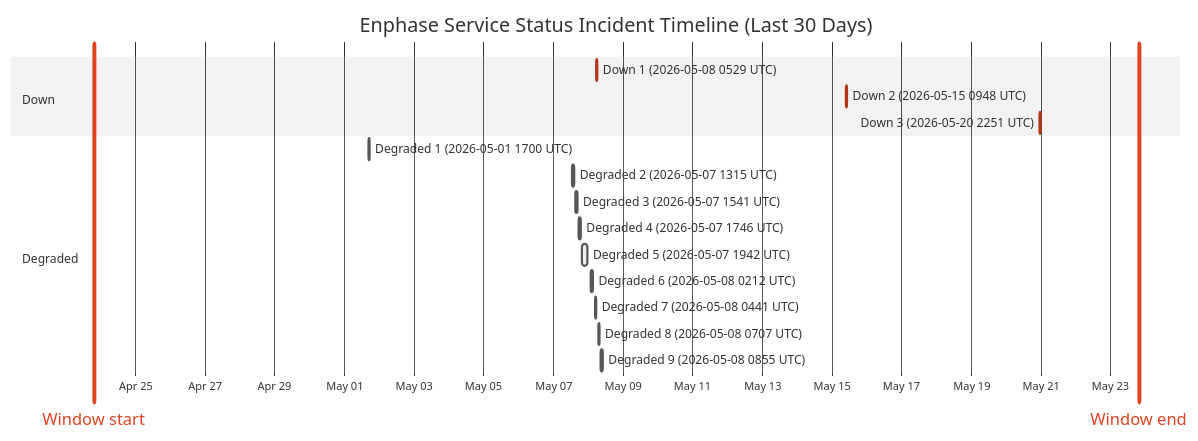
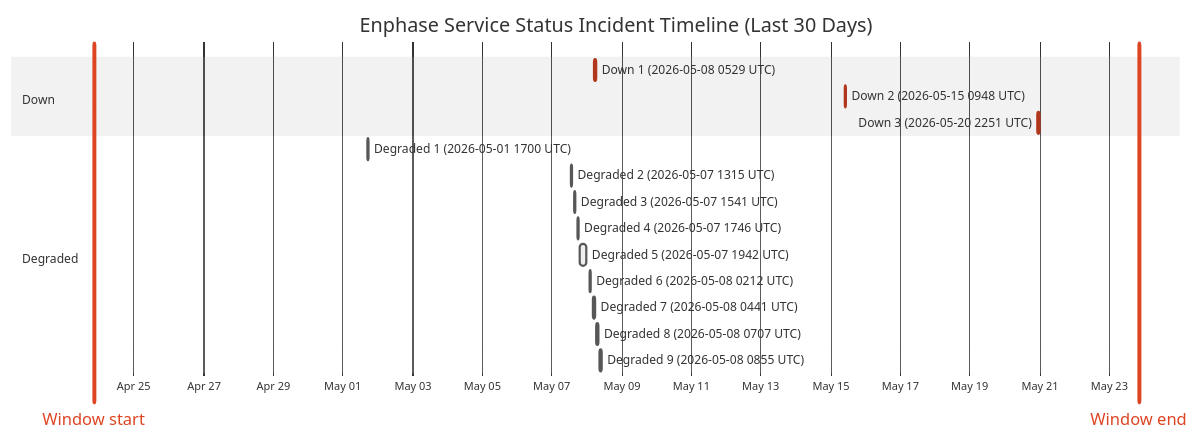
One commit to barneyonline/ha-enphase-ev-charger changed the diagram in wiki/Service-Status-History.md. Above: the diagram before and after it, drawn with Mermaid (neutral theme). The commit also changed other lines of this file and 3 other files, not shown here.

````diff
--- a/wiki/Service-Status-History.md
+++ b/wiki/Service-Status-History.md
@@ -14,22 +14,22 @@
 ```mermaid
 gantt
     title Enphase Service Status Incident Timeline (Last 30 Days)
     dateFormat  YYYY-MM-DDTHH:mm:ss
     axisFormat  %b %d
-    Window start :vert, window-start, 2026-04-23T19:23:48, 0ms
-    Window end :vert, window-end, 2026-05-23T19:23:48, 0ms
+    Window start :vert, window-start, 2026-04-23T20:25:10, 0ms
+    Window end :vert, window-end, 2026-05-23T20:25:10, 0ms
     section Down
     Down 1 (2026-05-08 0529 UTC) :crit, down-1, 2026-05-08T05:29:47, 60m
     Down 2 (2026-05-15 0948 UTC) :crit, down-2, 2026-05-15T09:48:18, 60m
     Down 3 (2026-05-20 2251 UTC) :crit, down-3, 2026-05-20T22:51:14, 75m
     section Degraded
     Degraded 1 (2026-05-01 1700 UTC) :active, degraded-1, 2026-05-01T17:00:22, 60m
     Degraded 2 (2026-05-07 1315 UTC) :active, degraded-2, 2026-05-07T13:15:25, 60m
     Degraded 3 (2026-05-07 1541 UTC) :active, degraded-3, 2026-05-07T15:41:58, 60m
     Degraded 4 (2026-05-07 1746 UTC) :active, degraded-4, 2026-05-07T17:46:51, 60m
     Degraded 5 (2026-05-07 1942 UTC) :active, degraded-5, 2026-05-07T19:42:10, 249m
     Degraded 6 (2026-05-08 0212 UTC) :active, degraded-6, 2026-05-08T02:12:39, 60m
     Degraded 7 (2026-05-08 0441 UTC) :active, degraded-7, 2026-05-08T04:41:46, 60m
     Degraded 8 (2026-05-08 0707 UTC) :active, degraded-8, 2026-05-08T07:07:30, 60m
     Degraded 9 (2026-05-08 0855 UTC) :active, degraded-9, 2026-05-08T08:55:20, 88m
 ```
````
